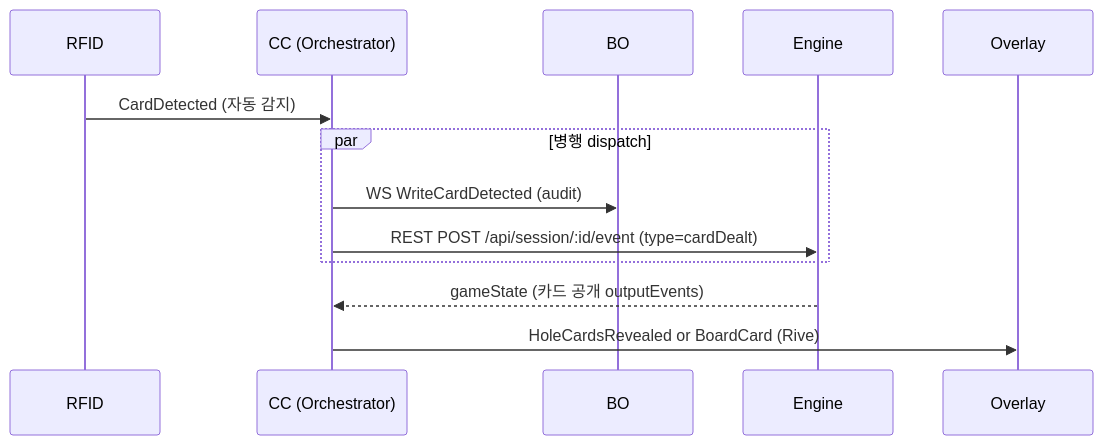
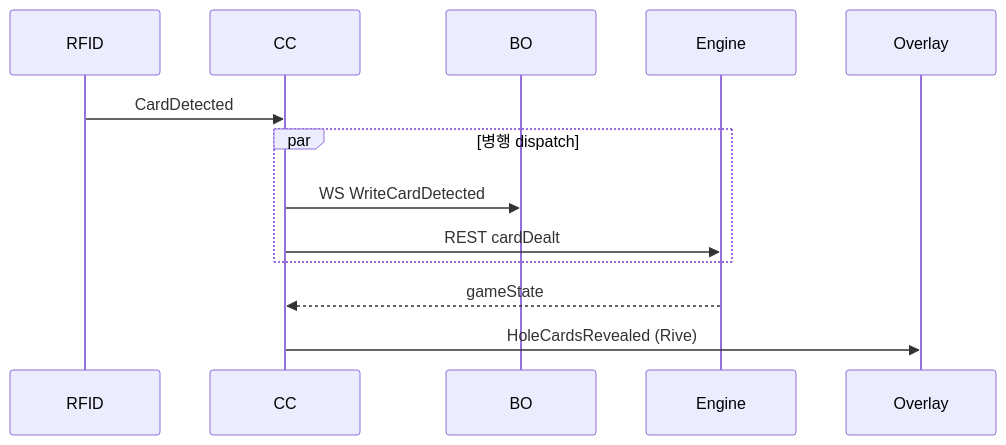
One commit to garimto81/ebs_github changed the fourth of 5 diagrams in docs/1. Product/Foundation.md. Above: the diagram before and after it, drawn with Mermaid. The commit also changed other lines of this file, not shown here.

````diff
--- a/docs/1. Product/Foundation.md
+++ b/docs/1. Product/Foundation.md
@@ -515,15 +708,15 @@
 ```mermaid
 sequenceDiagram
     participant RFID
-    participant CC as CC (Orchestrator)
+    participant CC as CC
     participant BO
     participant Engine
     participant Overlay
-    RFID->>CC: CardDetected (자동 감지)
+    RFID->>CC: CardDetected
     par 병행 dispatch
-      CC->>BO: WS WriteCardDetected (audit)
-      CC->>Engine: REST POST /api/session/:id/event (type=cardDealt)
+      CC->>BO: WS WriteCardDetected
+      CC->>Engine: REST cardDealt
     end
-    Engine-->>CC: gameState (카드 공개 outputEvents)
-    CC->>Overlay: HoleCardsRevealed or BoardCard (Rive)
+    Engine-->>CC: gameState
+    CC->>Overlay: HoleCardsRevealed (Rive)
 ```
````
